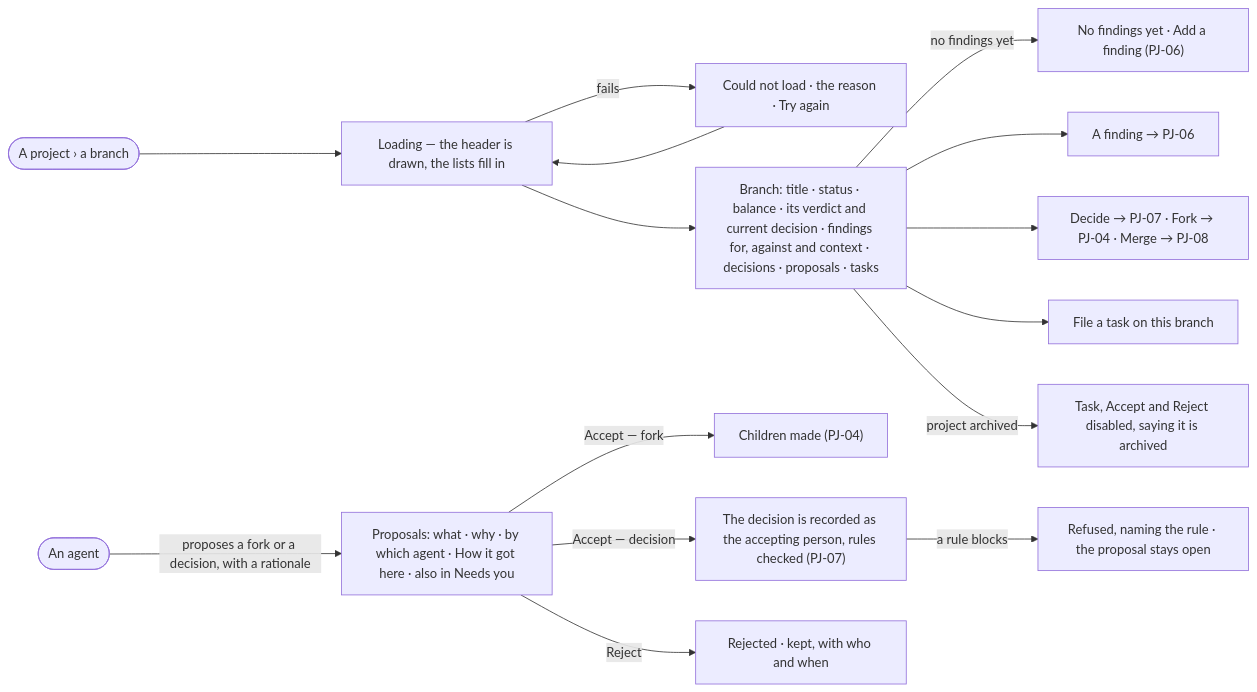
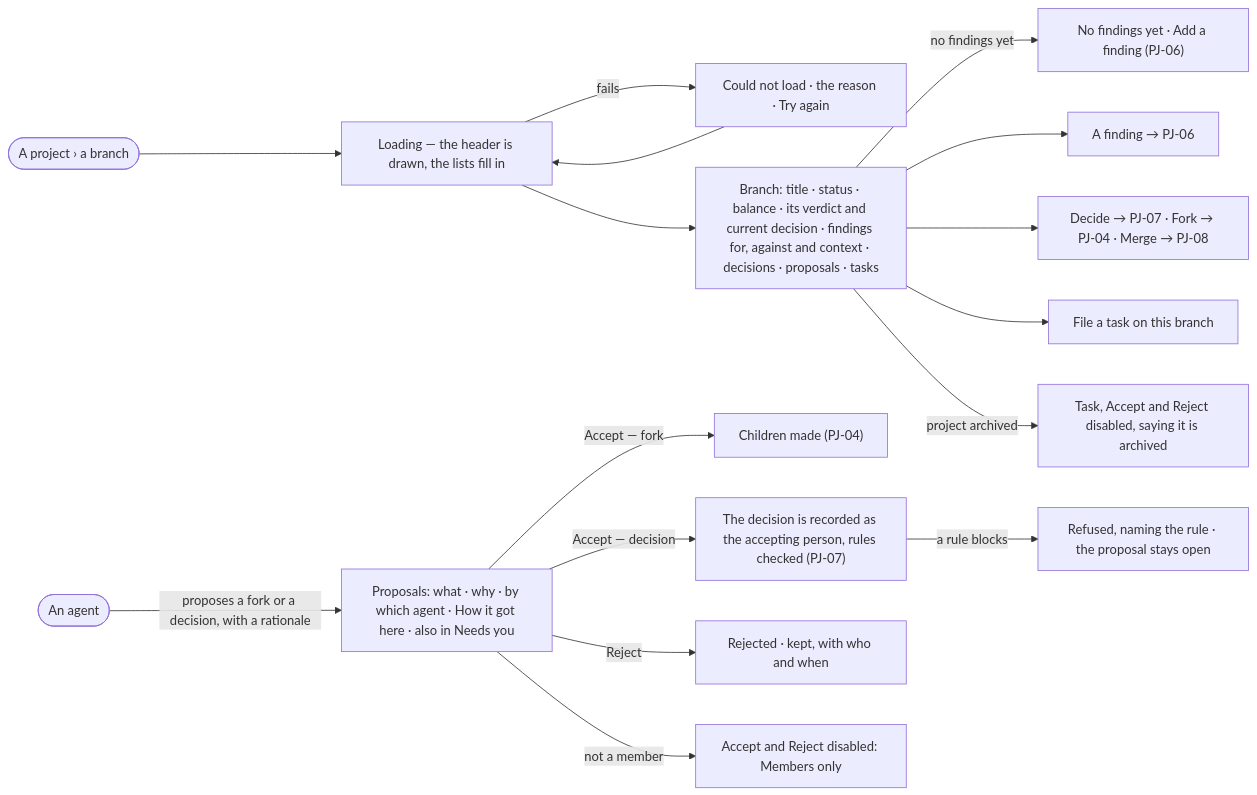
One commit to invana/invana changed the diagram in specs/capabilities/projects/features/PJ-F03-branches-findings-and-decisions/stories/PJ-05-read-a-branch-with-its-evidence-and-proposals/story.md. Above: the diagram before and after it, drawn with Mermaid. The commit also changed other lines of this file and 300 other files, not shown here.

````diff
--- a/specs/capabilities/projects/features/PJ-F03-branches-findings-and-decisions/stories/PJ-05-read-a-branch-with-its-evidence-and-proposals/story.md
+++ b/specs/capabilities/projects/features/PJ-F03-branches-findings-and-decisions/stories/PJ-05-read-a-branch-with-its-evidence-and-proposals/story.md
@@ -30,16 +31,17 @@
 ```mermaid
 flowchart LR
   s([A project › a branch]) --> load["Loading — the header is drawn, the lists fill in"]
   load -->|fails| f["Could not load · the reason · Try again"] --> load
   load --> b["Branch: title · status · balance · its verdict and current decision · findings for, against and context · decisions · proposals · tasks"]
   b -->|no findings yet| n["No findings yet · Add a finding (PJ-06)"]
   b --> fd["A finding → PJ-06"]
   b --> dc["Decide → PJ-07 · Fork → PJ-04 · Merge → PJ-08"]
   b --> tk["File a task on this branch"]
   b -->|project archived| na["Task, Accept and Reject disabled, saying it is archived"]
   agent([An agent]) -->|proposes a fork or a decision, with a rationale| p["Proposals: what · why · by which agent · How it got here · also in Needs you"]
   p -->|Accept — fork| fk["Children made (PJ-04)"]
   p -->|Accept — decision| dd["The decision is recorded as the accepting person, rules checked (PJ-07)"]
   dd -->|a rule blocks| rb["Refused, naming the rule · the proposal stays open"]
   p -->|Reject| rj["Rejected · kept, with who and when"]
+  p -->|not a member| nm["Accept and Reject disabled: Members only"]
 ```
````
